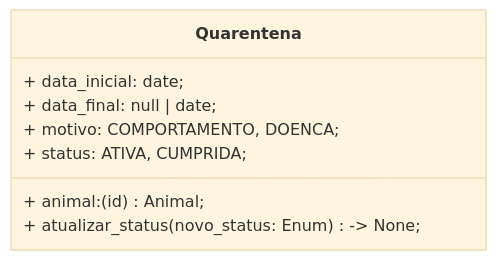
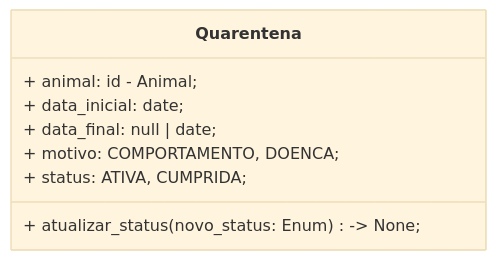
The fifth of 8 diagrams in docs/uml.md (Alisson014/projeto-1-poo-sistema-adocao-animais), drawn with Mermaid (base theme) before and after one commit. The commit also changed other lines of this file, not shown here.

````diff
--- a/docs/uml.md
+++ b/docs/uml.md
@@ -195,11 +196,11 @@
 ```mermaid
 classDiagram
     class Quarentena {
-        + animal: (id) Animal;
+        + animal: id - Animal;
         + data_inicial: date;
         + data_final: null | date;
         + motivo: COMPORTAMENTO, DOENCA;
         + status: ATIVA, CUMPRIDA;
         + atualizar_status(novo_status: Enum) -> None;
     }
 ```
````
